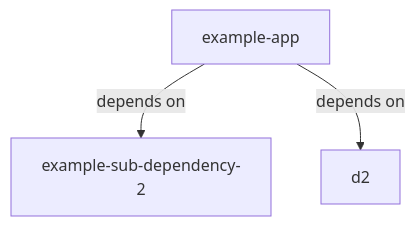
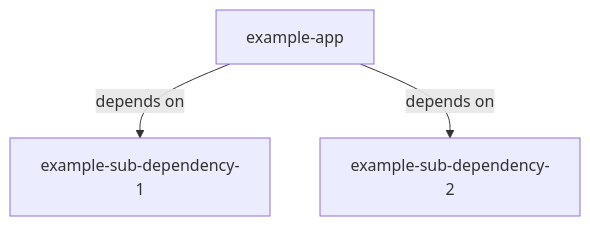
The diagram in README.md (nhomble/example-gradle-multi-module), drawn with Mermaid before and after one commit.

````diff
--- a/README.md
+++ b/README.md
@@ -3,9 +3,9 @@
 ```mermaid
 flowchart TD
     app[example-app]
     d1[example-sub-dependency-1]
-    d1[example-sub-dependency-2]
+    d2[example-sub-dependency-2]
     
     app -- depends on --> d1
     app -- depends on --> d2
 ```
````
